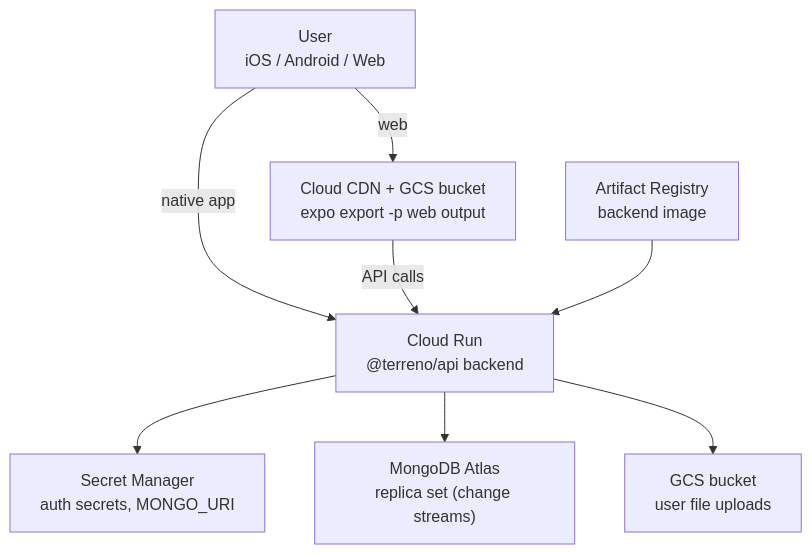
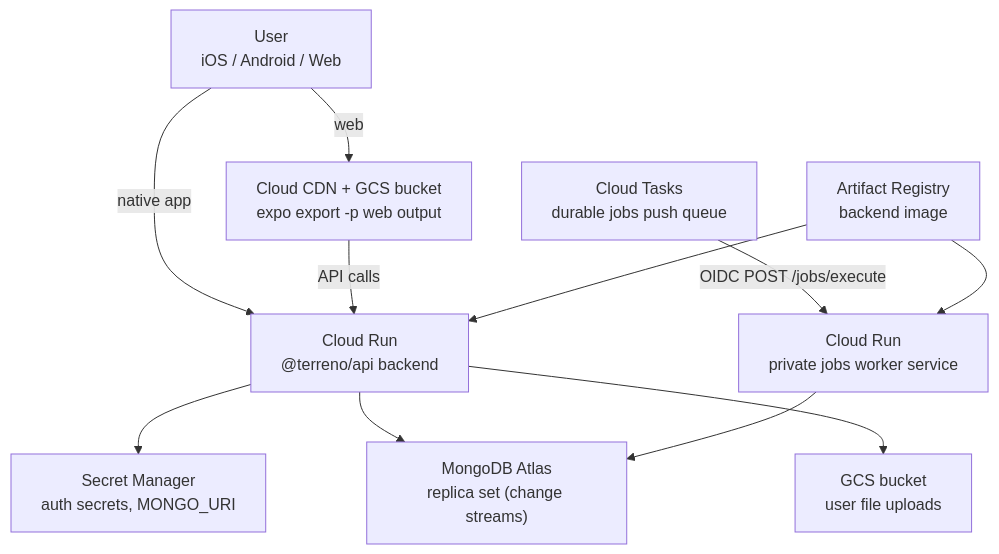
One commit to FlourishHealth/terreno changed the diagram in docs/explanation/deployment-architecture-gcp.md. Above: the diagram before and after it, drawn with Mermaid. The commit also changed other lines of this file and 9 other files, not shown here.

First line of the commit message:
Provision Cloud Tasks queue and private jobs worker service

````diff
--- a/docs/explanation/deployment-architecture-gcp.md
+++ b/docs/explanation/deployment-architecture-gcp.md
@@ -9,17 +9,22 @@
 ```mermaid
 flowchart TD
   U["User<br/>iOS / Android / Web"]
   CDN["Cloud CDN + GCS bucket<br/>expo export -p web output"]
   CR["Cloud Run<br/>@terreno/api backend"]
+  CT["Cloud Tasks<br/>durable jobs push queue"]
+  JW["Cloud Run<br/>private jobs worker service"]
   SM["Secret Manager<br/>auth secrets, MONGO_URI"]
   AT["MongoDB Atlas<br/>replica set (change streams)"]
   GCS["GCS bucket<br/>user file uploads"]
   AR["Artifact Registry<br/>backend image"]
   U -->|"web"| CDN
   U -->|"native app"| CR
   CDN -->|"API calls"| CR
   CR --> SM
   CR --> AT
   CR --> GCS
+  CT -->|"OIDC POST /jobs/execute"| JW
+  JW --> AT
   AR --> CR
+  AR --> JW
 ```
````
